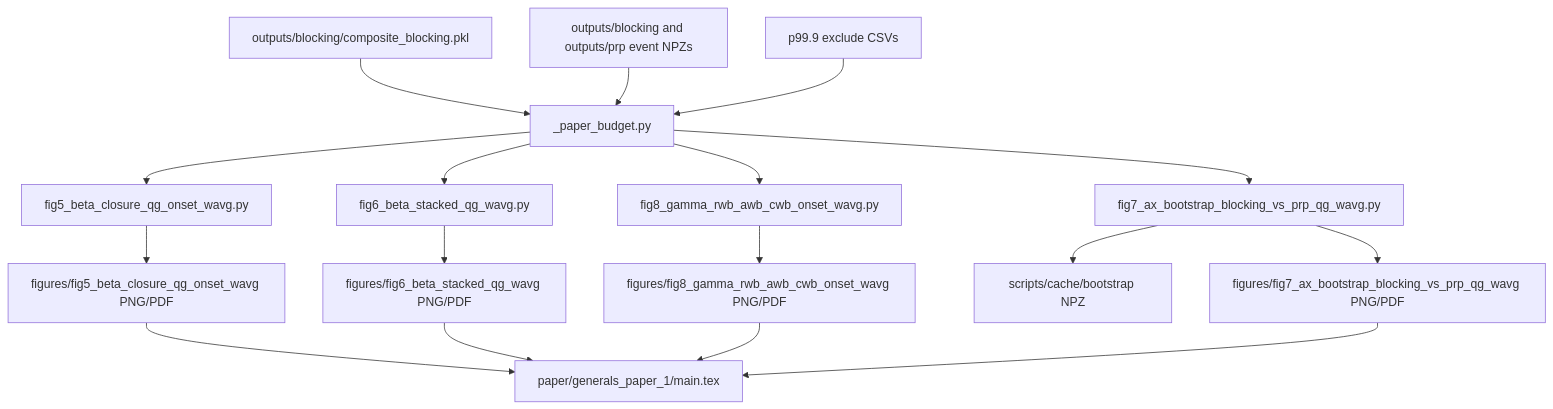
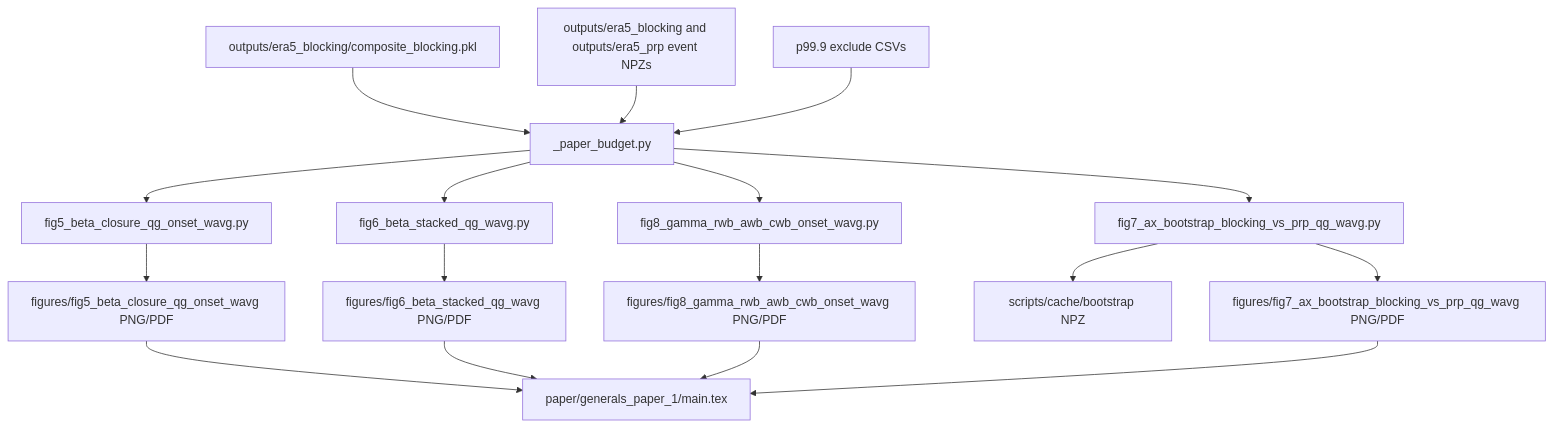
The third of 3 diagrams in README.md (yanxingjianken/pvtend), drawn with Mermaid before and after one commit. The commit also changed other lines of this file and 10 other files, not shown here.

````diff
--- a/README.md
+++ b/README.md
@@ -239,16 +239,16 @@
 ```mermaid
 graph TD
-    A[outputs/blocking/composite_blocking.pkl] --> B[_paper_budget.py]
+    A[outputs/era5_blocking/composite_blocking.pkl] --> B[_paper_budget.py]
     B --> C[fig5_beta_closure_qg_onset_wavg.py]
     B --> D[fig6_beta_stacked_qg_wavg.py]
     B --> M[fig8_gamma_rwb_awb_cwb_onset_wavg.py]
-    E[outputs/blocking and outputs/prp event NPZs] --> B
+    E[outputs/era5_blocking and outputs/era5_prp event NPZs] --> B
     F[p99.9 exclude CSVs] --> B
     B --> G[fig7_ax_bootstrap_blocking_vs_prp_qg_wavg.py]
     G --> H[scripts/cache/bootstrap NPZ]
     C --> I[figures/fig5_beta_closure_qg_onset_wavg PNG/PDF]
     D --> J[figures/fig6_beta_stacked_qg_wavg PNG/PDF]
     G --> K[figures/fig7_ax_bootstrap_blocking_vs_prp_qg_wavg PNG/PDF]
     M --> N[figures/fig8_gamma_rwb_awb_cwb_onset_wavg PNG/PDF]
     I & J & K & N --> L[paper/generals_paper_1/main.tex]
 ```
````
